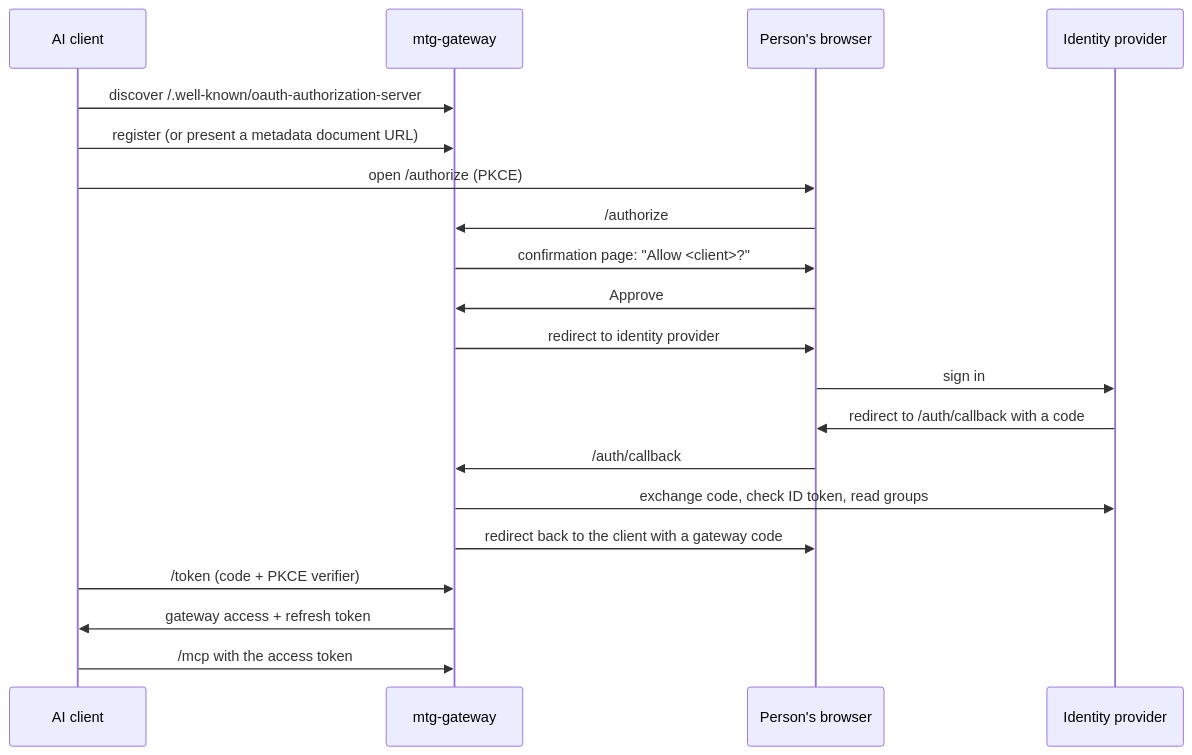
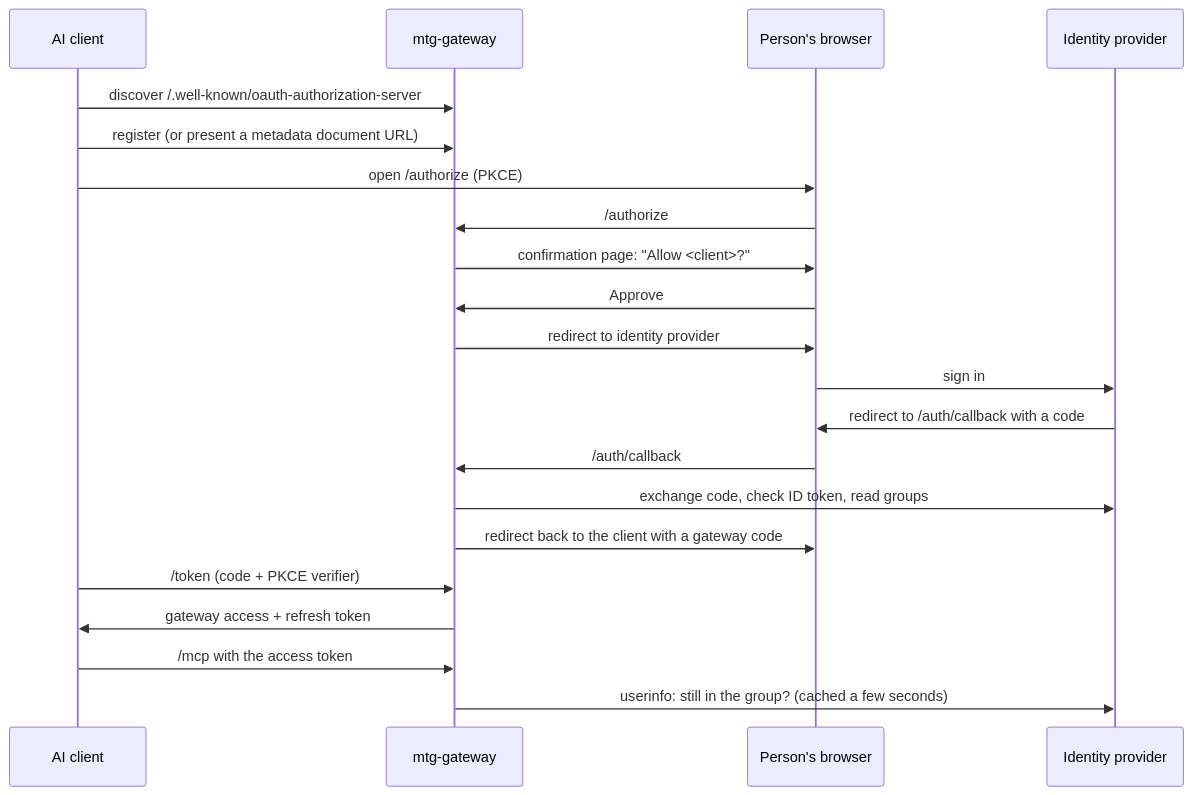
The second of 2 diagrams in docs/ARCHITECTURE.md (TheUncleBen/MTG-Assistant-Gateway), drawn with Mermaid before and after one commit. The commit also changed other lines of this file and 27 other files, not shown here.

````diff
--- a/docs/ARCHITECTURE.md
+++ b/docs/ARCHITECTURE.md
@@ -111,22 +113,23 @@
 ```mermaid
 sequenceDiagram
   participant C as AI client
   participant G as mtg-gateway
   participant B as Person's browser
   participant I as Identity provider
   C->>G: discover /.well-known/oauth-authorization-server
   C->>G: register (or present a metadata document URL)
   C->>B: open /authorize (PKCE)
   B->>G: /authorize
   G->>B: confirmation page: "Allow <client>?"
   B->>G: Approve
   G->>B: redirect to identity provider
   B->>I: sign in
   I->>B: redirect to /auth/callback with a code
   B->>G: /auth/callback
   G->>I: exchange code, check ID token, read groups
   G->>B: redirect back to the client with a gateway code
   C->>G: /token (code + PKCE verifier)
   G->>C: gateway access + refresh token
   C->>G: /mcp with the access token
+  G->>I: userinfo: still in the group? (cached a few seconds)
 ```
````
